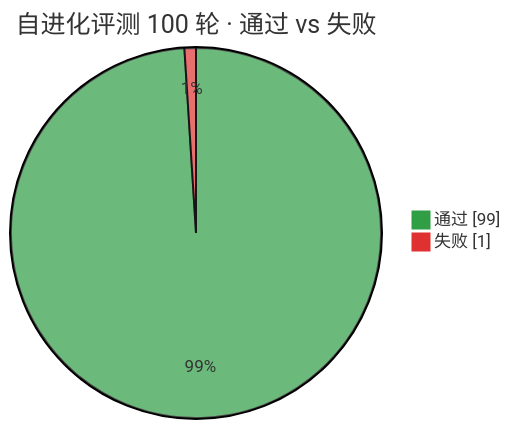
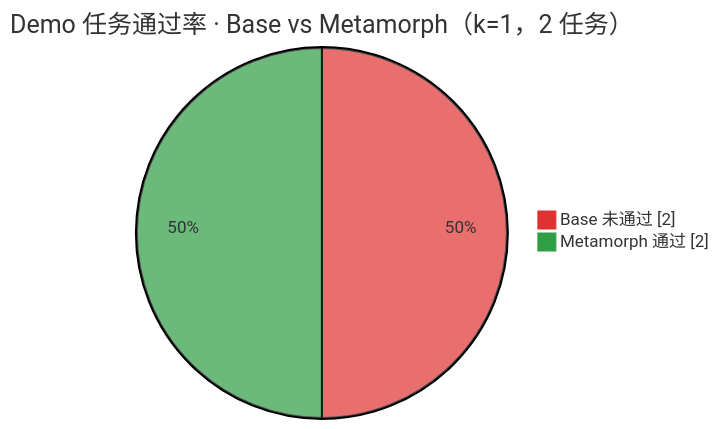
One commit to linuslin-cto/Metamorph changed the first of 5 diagrams in docs/EVAL.md. Above: the diagram before and after it, drawn with Mermaid. The commit also changed other lines of this file, not shown here.

Commit message:
docs: paper-aligned eval report with charts (k=1/k=2)

````diff
--- a/docs/EVAL.md
+++ b/docs/EVAL.md
@@ -49,7 +32,7 @@
 ```mermaid
-%%{init: {'theme': 'base', 'themeVariables': { 'pie1': '#2f9e44', 'pie2': '#e03131'}}}%%
+%%{init: {'theme': 'base', 'themeVariables': { 'pie1': '#e03131', 'pie2': '#2f9e44'}}}%%
 pie showData
-    title 自进化评测 100 轮 · 通过 vs 失败
-    "通过" : 99
-    "失败" : 1
+    title Demo 任务通过率 · Base vs Metamorph（k=1，2 任务）
+    "Base 未通过" : 2
+    "Metamorph 通过" : 2
 ```
````
